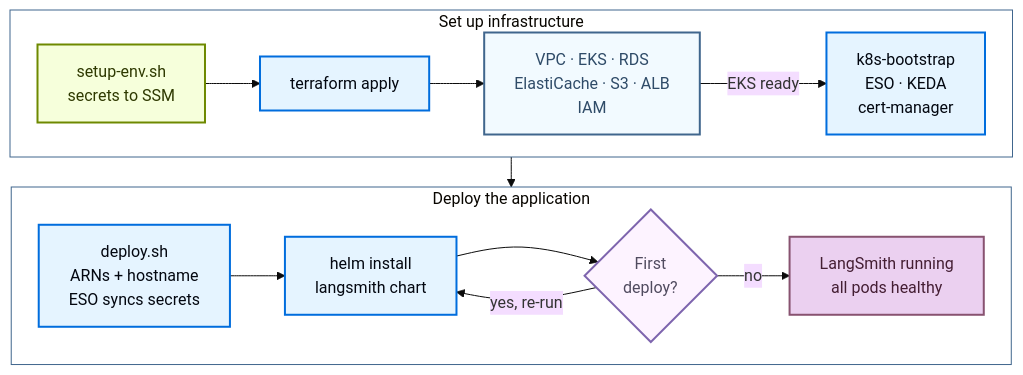
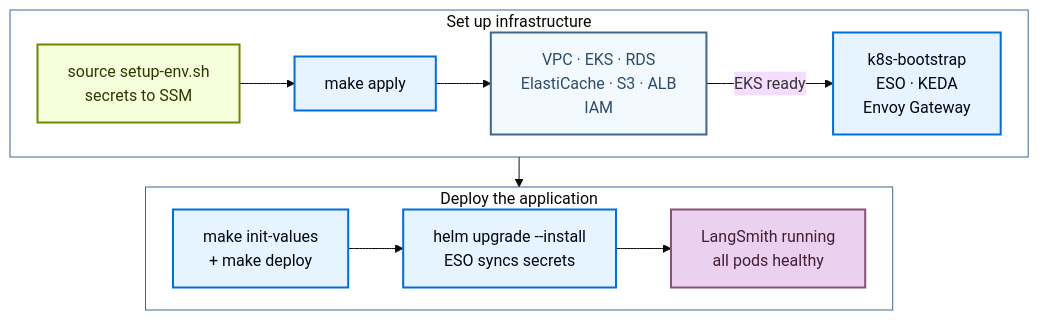
The diagram in agent-frameworks/langchain/pages/langsmith/self-host-terraform-aws-deploy.md (Eyre921/ofiicial-developer-docs), drawn with Mermaid (base theme) before and after one commit. The commit also changed other lines of this file and 296 other files, not shown here.

````diff
--- a/agent-frameworks/langchain/pages/langsmith/self-host-terraform-aws-deploy.md
+++ b/agent-frameworks/langchain/pages/langsmith/self-host-terraform-aws-deploy.md
@@ -18,38 +18,33 @@
 ```mermaid actions={false} theme={"theme":{"light":"catppuccin-latte","dark":"catppuccin-mocha"}}
 %%{init: {'flowchart': {'nodeSpacing': 25, 'rankSpacing': 30}}}%%
 graph TB
     subgraph stage1["Set up infrastructure"]
         direction LR
-        Start["setup-env.sh<br/>secrets to SSM"]
-        TF["terraform apply"]
+        Start["source setup-env.sh<br/>secrets to SSM"]
+        TF["make apply"]
         Infra["VPC · EKS · RDS<br/>ElastiCache · S3 · ALB<br/>IAM"]
-        Bootstrap["k8s-bootstrap<br/>ESO · KEDA<br/>cert-manager"]
+        Bootstrap["k8s-bootstrap<br/>ESO · KEDA<br/>Envoy Gateway"]
         Start --> TF --> Infra -->|EKS ready| Bootstrap
     end
     subgraph stage2["Deploy the application"]
         direction LR
-        Deploy["deploy.sh<br/>ARNs + hostname<br/>ESO syncs secrets"]
-        Helm["helm install<br/>langsmith chart"]
-        First{"First<br/>deploy?"}
+        Deploy["make init-values<br/>+ make deploy"]
+        Helm["helm upgrade --install<br/>ESO syncs secrets"]
         Running["LangSmith running<br/>all pods healthy"]
-        Deploy --> Helm --> First
-        First -->|no| Running
-        First -->|yes, re-run| Helm
+        Deploy --> Helm --> Running
     end
     stage1 --> stage2
 
     classDef trigger fill:#F6FFDB,stroke:#6E8900,stroke-width:2px,color:#2E3900
     classDef process fill:#E5F4FF,stroke:#006DDD,stroke-width:2px,color:#030710
     classDef neutral fill:#F2FAFF,stroke:#40668D,stroke-width:2px,color:#2F4B68
-    classDef decision fill:#FDF3FF,stroke:#7E65AE,stroke-width:2px,color:#504B5F
     classDef output fill:#EBD0F0,stroke:#885270,stroke-width:2px,color:#441E33
 
     class Start trigger
     class TF,Bootstrap,Deploy,Helm process
     class Infra neutral
-    class First decision
     class Running output
 
     style stage1 fill:none,stroke:#40668D,stroke-width:1px
     style stage2 fill:none,stroke:#40668D,stroke-width:1px
 ```
````
